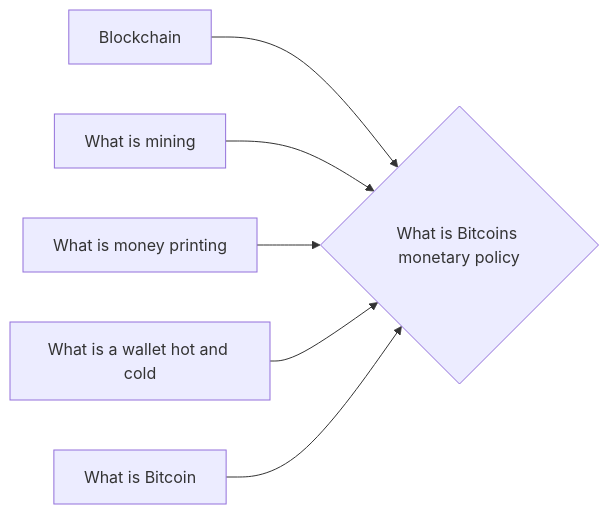
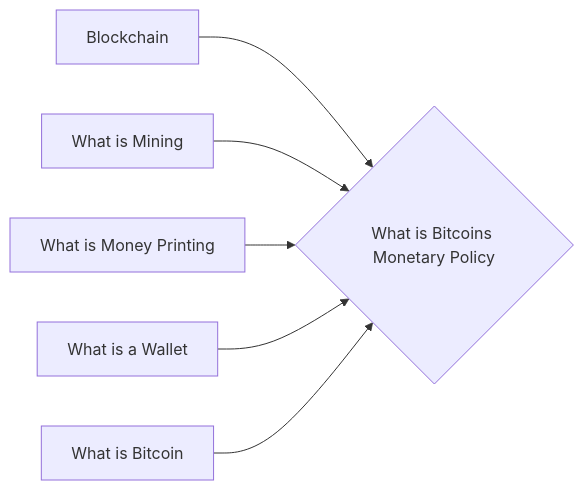
One commit to lpurdy01/crypto-knowledge-map changed the diagram in notes/What_is_Bitcoins_Monetary_Policy.md. Above: the diagram before and after it, drawn with Mermaid. The commit also changed 50 other files, not shown here.

````diff
--- a/notes/What_is_Bitcoins_Monetary_Policy.md
+++ b/notes/What_is_Bitcoins_Monetary_Policy.md
@@ -18,8 +18,8 @@
 ```mermaid
 graph LR
-1["Blockchain"]-->0{"What is Bitcoins monetary policy"}
-2["What is mining"]-->0{"What is Bitcoins monetary policy"}
-3["What is money printing"]-->0{"What is Bitcoins monetary policy"}
-4["What is a wallet hot and cold"]-->0{"What is Bitcoins monetary policy"}
-5["What is Bitcoin"]-->0{"What is Bitcoins monetary policy"}
+1["Blockchain"]-->0{"What is Bitcoins Monetary Policy"}
+2["What is Mining"]-->0{"What is Bitcoins Monetary Policy"}
+3["What is Money Printing"]-->0{"What is Bitcoins Monetary Policy"}
+4["What is a Wallet"]-->0{"What is Bitcoins Monetary Policy"}
+5["What is Bitcoin"]-->0{"What is Bitcoins Monetary Policy"}
 ```
````
